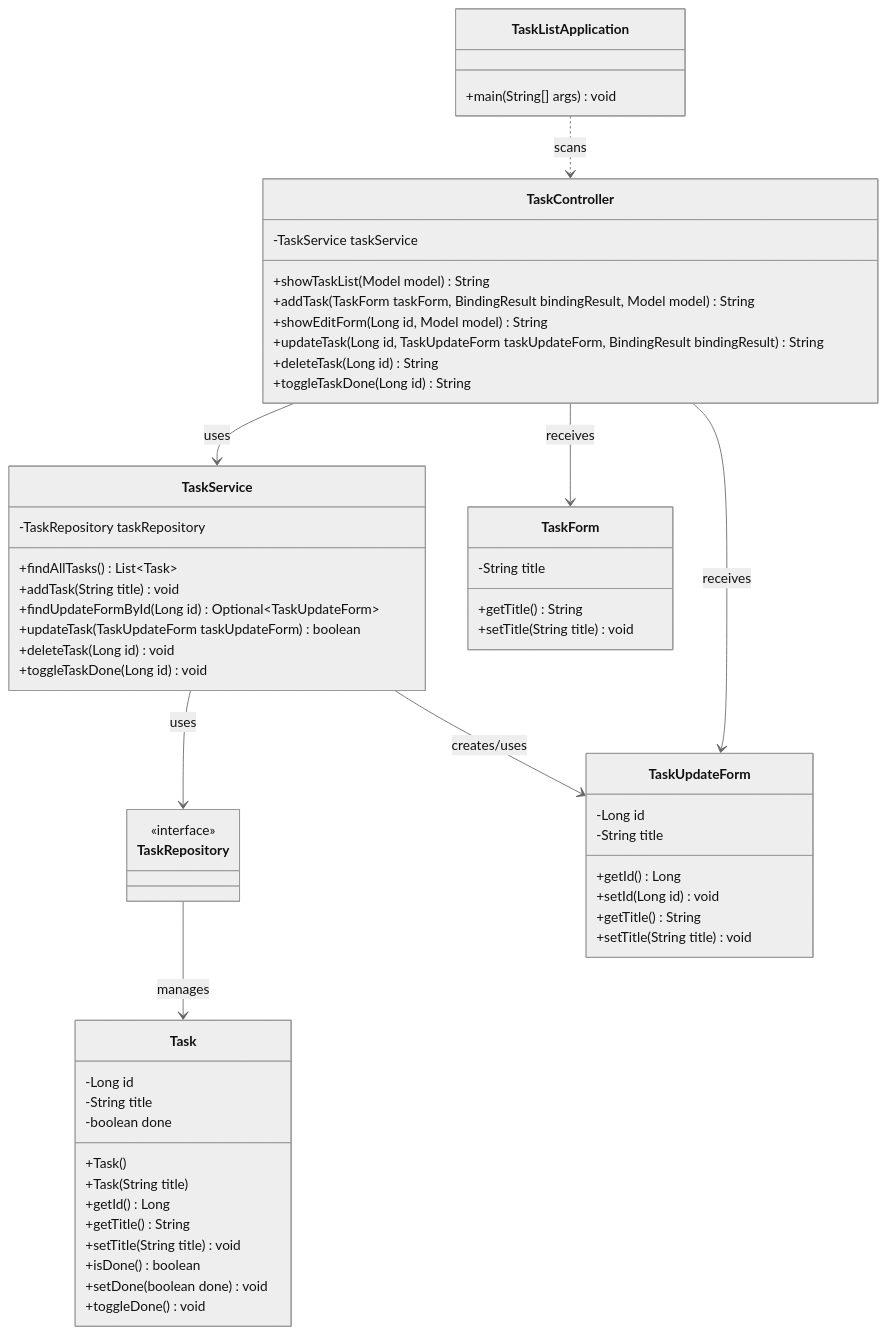
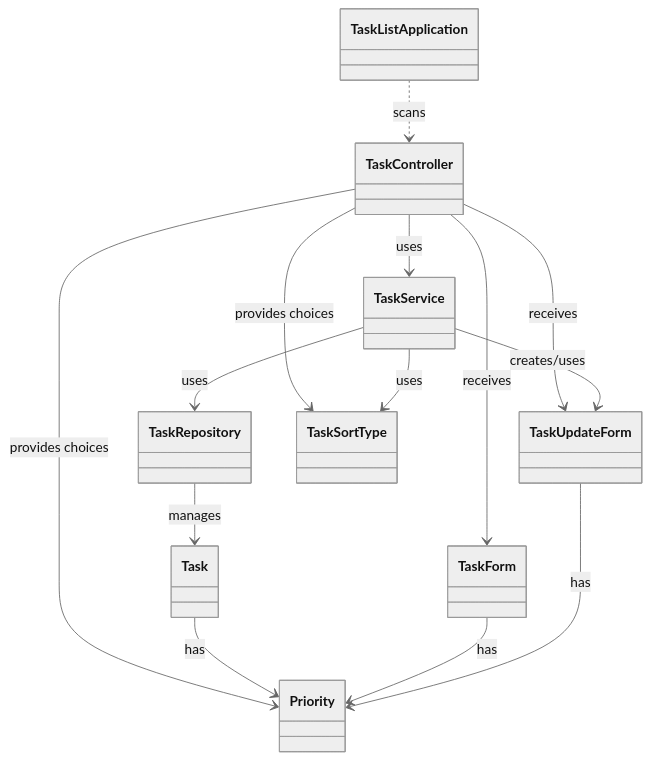
Before and after one commit to mkunori/TaskList: the diagram in README.md, drawn with Mermaid (neutral theme). The commit also changed other lines of this file, not shown here.

````diff
--- a/README.md
+++ b/README.md
@@ -80,67 +94,26 @@
 ```mermaid
 classDiagram
-    class TaskListApplication {
-        +main(String[] args) void
-    }
-
-    class TaskController {
-        -TaskService taskService
-        +showTaskList(Model model) String
-        +addTask(TaskForm taskForm, BindingResult bindingResult, Model model) String
-        +showEditForm(Long id, Model model) String
-        +updateTask(Long id, TaskUpdateForm taskUpdateForm, BindingResult bindingResult) String
-        +deleteTask(Long id) String
-        +toggleTaskDone(Long id) String
-    }
-
-    class TaskService {
-        -TaskRepository taskRepository
-        +findAllTasks() List~Task~
-        +addTask(String title) void
-        +findUpdateFormById(Long id) Optional~TaskUpdateForm~
-        +updateTask(TaskUpdateForm taskUpdateForm) boolean
-        +deleteTask(Long id) void
-        +toggleTaskDone(Long id) void
-    }
-
-    class TaskRepository {
-        <<interface>>
-    }
-
-    class Task {
-        -Long id
-        -String title
-        -boolean done
-        +Task()
-        +Task(String title)
-        +getId() Long
-        +getTitle() String
-        +setTitle(String title) void
-        +isDone() boolean
-        +setDone(boolean done) void
-        +toggleDone() void
-    }
-
-    class TaskForm {
-        -String title
-        +getTitle() String
-        +setTitle(String title) void
-    }
-
-    class TaskUpdateForm {
-        -Long id
-        -String title
-        +getId() Long
-        +setId(Long id) void
-        +getTitle() String
-        +setTitle(String title) void
-    }
+    class TaskListApplication
+    class TaskController
+    class TaskService
+    class TaskRepository
+    class Task
+    class Priority
+    class TaskForm
+    class TaskUpdateForm
+    class TaskSortType
 
     TaskListApplication ..> TaskController : scans
     TaskController --> TaskService : uses
-    TaskService --> TaskRepository : uses
-    TaskRepository --> Task : manages
     TaskController --> TaskForm : receives
     TaskController --> TaskUpdateForm : receives
+    TaskController --> Priority : provides choices
+    TaskController --> TaskSortType : provides choices
+    TaskService --> TaskRepository : uses
     TaskService --> TaskUpdateForm : creates/uses
+    TaskService --> TaskSortType : uses
+    TaskRepository --> Task : manages
+    Task --> Priority : has
+    TaskForm --> Priority : has
+    TaskUpdateForm --> Priority : has
 ```
````
